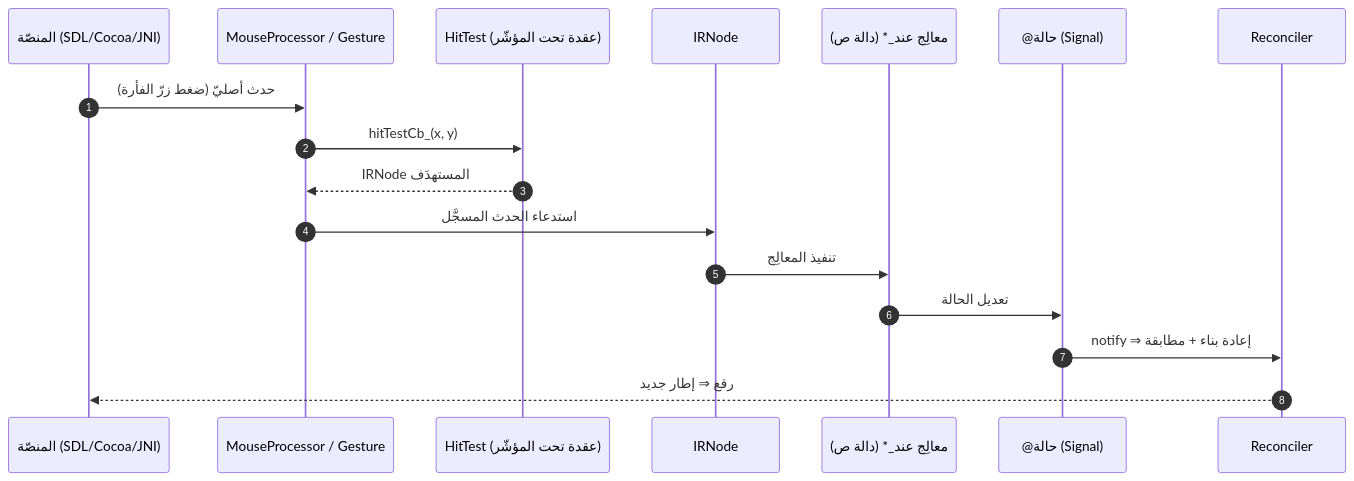
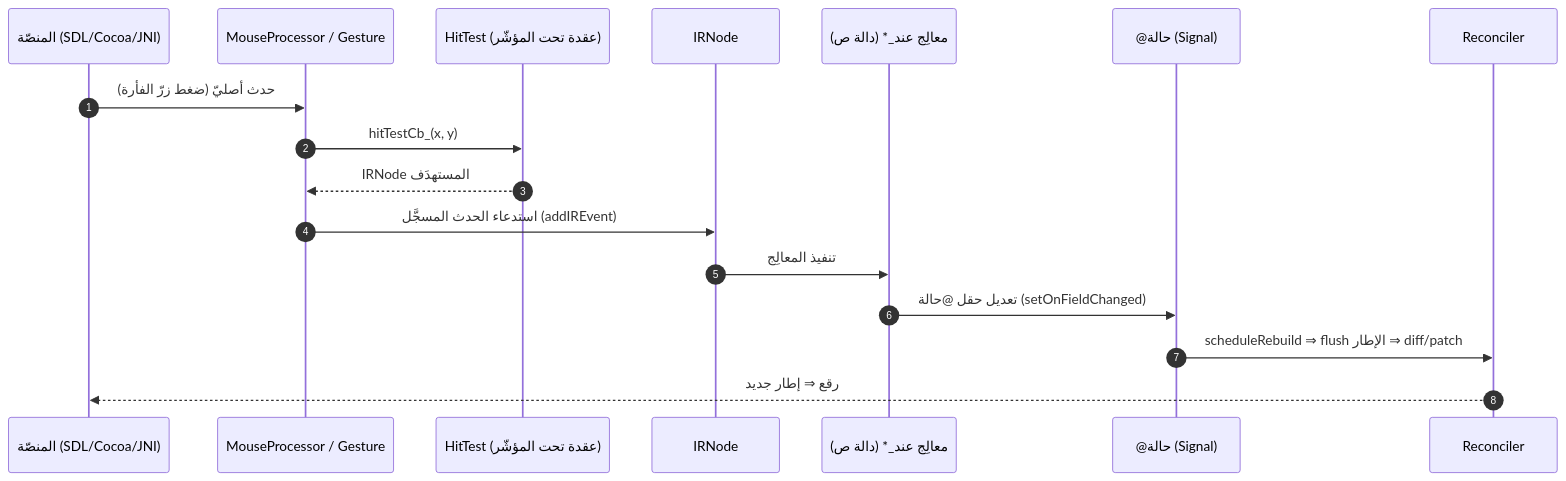
Before and after one commit to sadlang/sadlang-planning: the second of 5 diagrams in projects/graphics-sadui/plan/معماريّة-الأحداث-والحالة.md, drawn with Mermaid. The commit also changed other lines of this file, not shown here.

First line of the commit message:
graphics-sadui: مراجعة Amelia لمعماريّة الأحداث/الحالة — تصحيحان جوهريّان

````diff
--- a/projects/graphics-sadui/plan/معماريّة-الأحداث-والحالة.md
+++ b/projects/graphics-sadui/plan/معماريّة-الأحداث-والحالة.md
@@ -51,20 +57,20 @@
 ```mermaid
 sequenceDiagram
     autonumber
     participant OS as المنصّة (SDL/Cocoa/JNI)
     participant MP as MouseProcessor / Gesture
     participant HT as HitTest (عقدة تحت المؤشّر)
     participant IR as IRNode
     participant H as معالِج عند_* (دالة ص)
     participant ST as @حالة (Signal)
     participant RC as Reconciler
 
     OS->>MP: حدث أصليّ (ضغط زرّ الفأرة)
     MP->>HT: hitTestCb_(x, y)
     HT-->>MP: IRNode المستهدَف
-    MP->>IR: استدعاء الحدث المسجَّل
+    MP->>IR: استدعاء الحدث المسجَّل (addIREvent)
     IR->>H: تنفيذ المعالِج
-    H->>ST: تعديل الحالة
-    ST->>RC: notify ⇒ إعادة بناء + مطابقة
+    H->>ST: تعديل حقل @حالة (setOnFieldChanged)
+    ST->>RC: scheduleRebuild ⇒ flush الإطار ⇒ diff/patch
     RC-->>OS: رقع ⇒ إطار جديد
 ```
````
